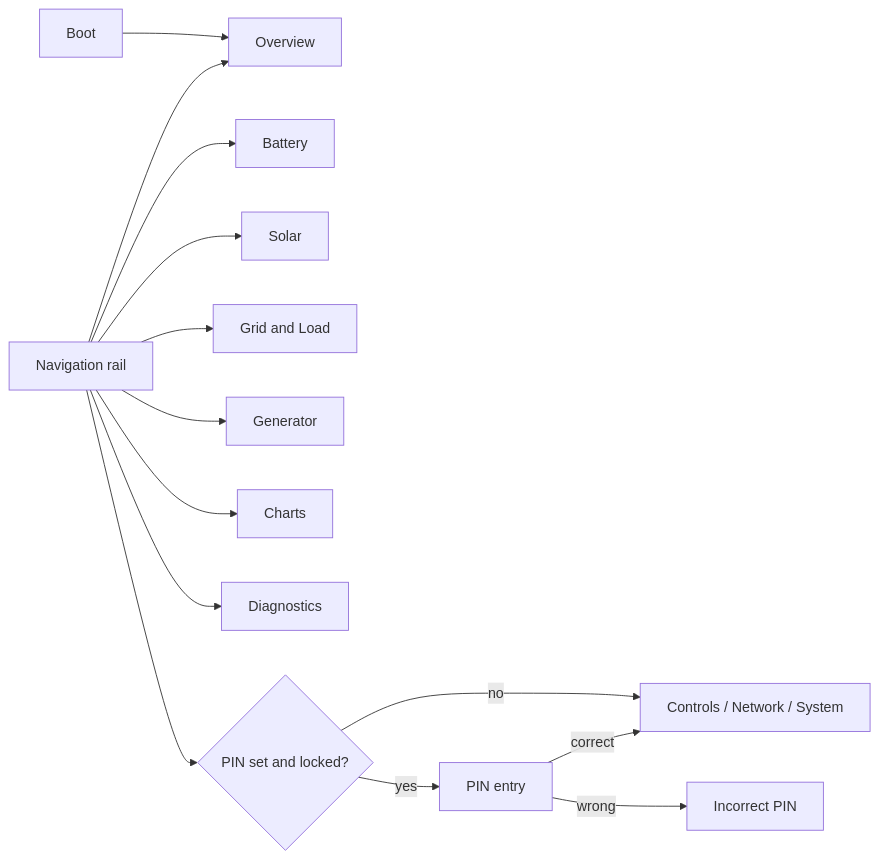
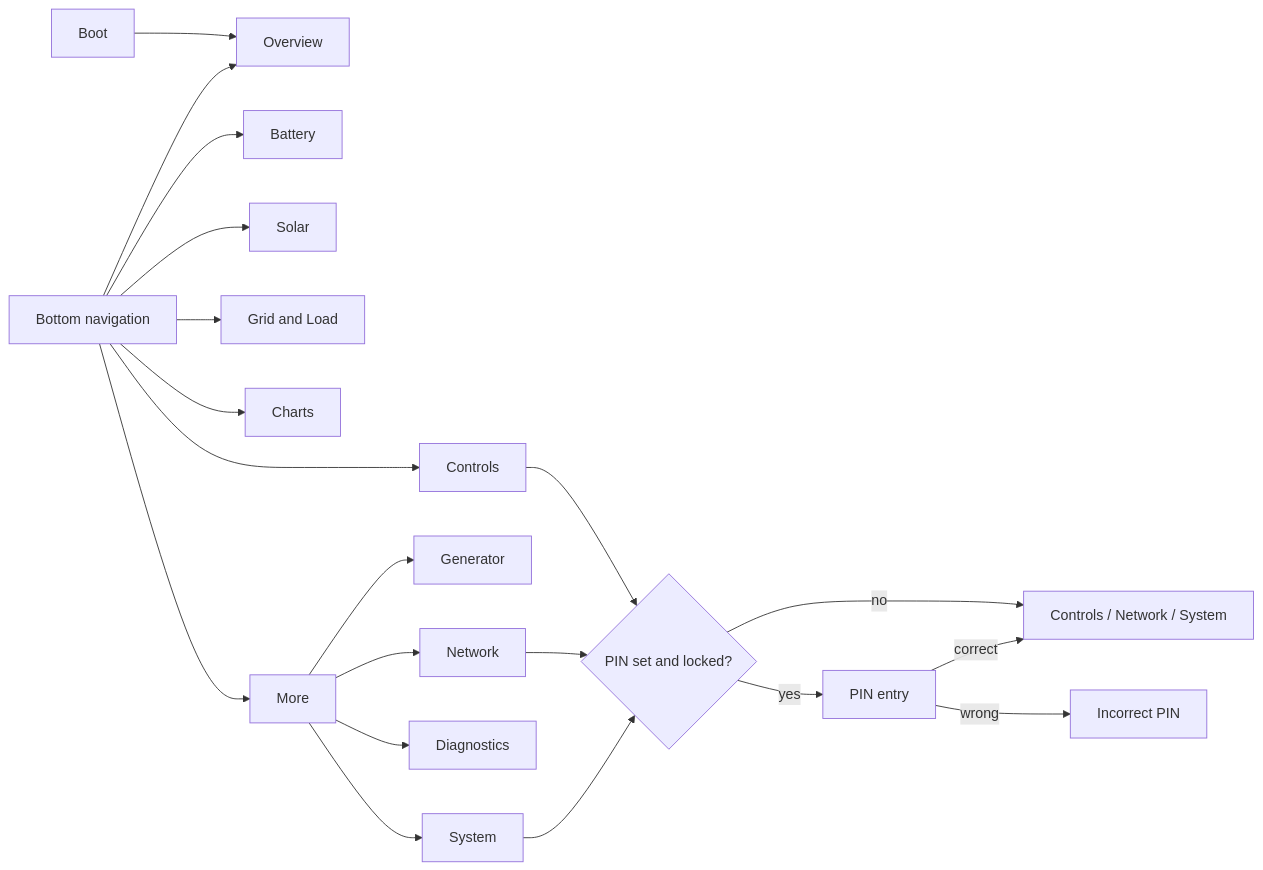
The diagram in docs/screen-map.md (shaposhnikoff/ESP32_S3_INTEGRATED_DISPLAY_DEYE_6), drawn with Mermaid before and after one commit. The commit also changed other lines of this file and 33 other files, not shown here.

````diff
--- a/docs/screen-map.md
+++ b/docs/screen-map.md
@@ -20,9 +20,14 @@
 ```mermaid
 flowchart LR
     Boot["Boot"] --> Overview
-    Nav["Navigation rail"] --> Overview & Battery & Solar & Grid["Grid and Load"] & Generator & Charts & Diagnostics
-    Nav --> PIN{"PIN set and locked?"}
+    Nav["Bottom navigation"] --> Overview & Battery & Solar & Grid["Grid and Load"] & Charts
+    Nav --> Controls
+    Nav --> More
+    More --> Generator & Network & Diagnostics & System
+    Controls --> PIN{"PIN set and locked?"}
+    Network --> PIN
+    System --> PIN
     PIN -->|"no"| Protected["Controls / Network / System"]
     PIN -->|"yes"| Entry["PIN entry"] -->|"correct"| Protected
     Entry -->|"wrong"| Info["Incorrect PIN"]
 ```
````
